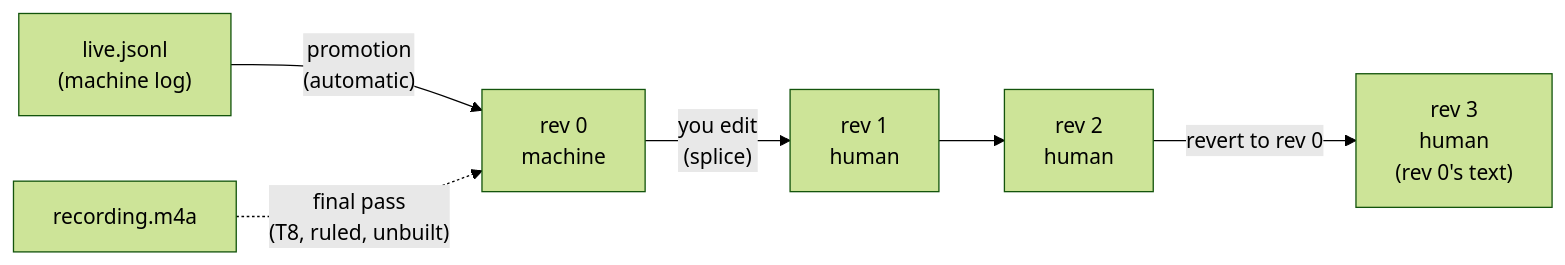
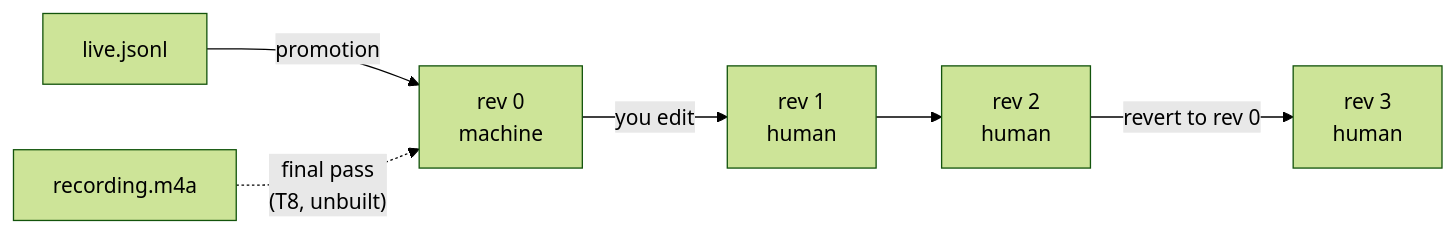
One commit to nicolovejoy/raconte changed the second of 2 diagrams in docs/overview.md. Above: the diagram before and after it, drawn with Mermaid (forest theme). The commit also changed other lines of this file and 3 other files, not shown here.

````diff
--- a/docs/overview.md
+++ b/docs/overview.md
@@ -156,8 +126,8 @@
 ```mermaid
 flowchart LR
-    live["live.jsonl\n(machine log)"] -- "promotion\n(automatic)" --> r0["rev 0\nmachine"]
-    m4a["recording.m4a"] -. "final pass\n(T8, ruled, unbuilt)" .-> r0
-    r0 -- "you edit\n(splice)" --> r1["rev 1\nhuman"]
+    live["live.jsonl"] -- "promotion" --> r0["rev 0\nmachine"]
+    m4a["recording.m4a"] -. "final pass\n(T8, unbuilt)" .-> r0
+    r0 -- "you edit" --> r1["rev 1\nhuman"]
     r1 --> r2["rev 2\nhuman"]
-    r2 -- "revert to rev 0" --> r3["rev 3\nhuman\n(rev 0's text)"]
+    r2 -- "revert to rev 0" --> r3["rev 3\nhuman"]
 ```
````
